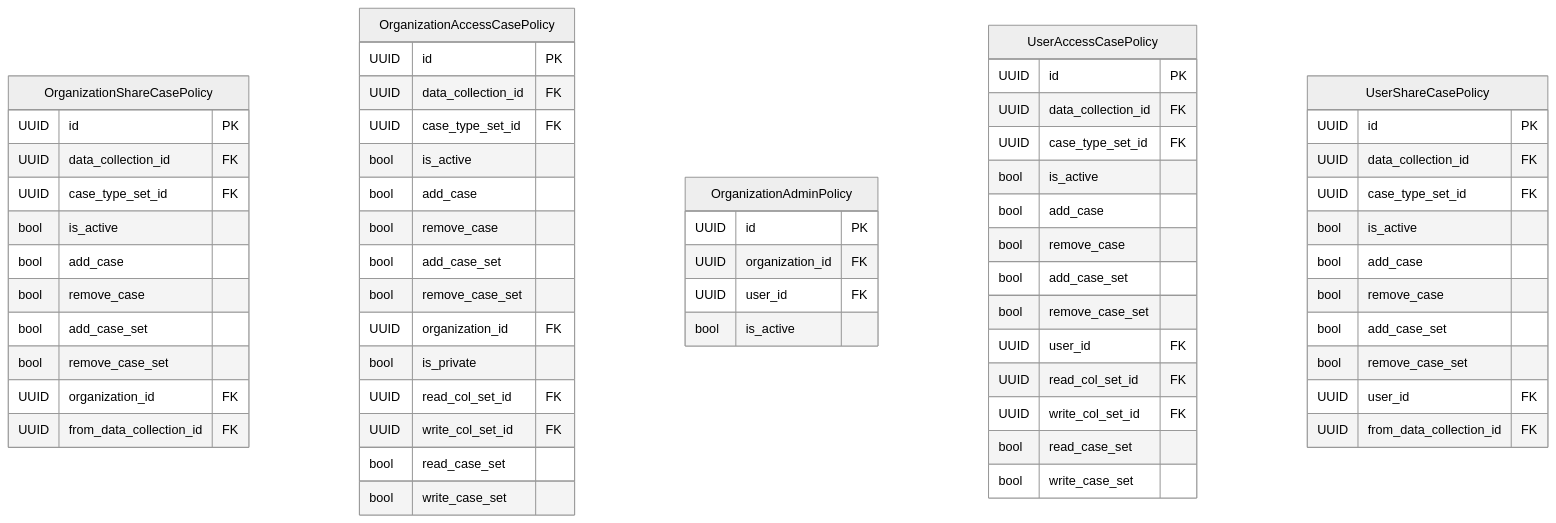
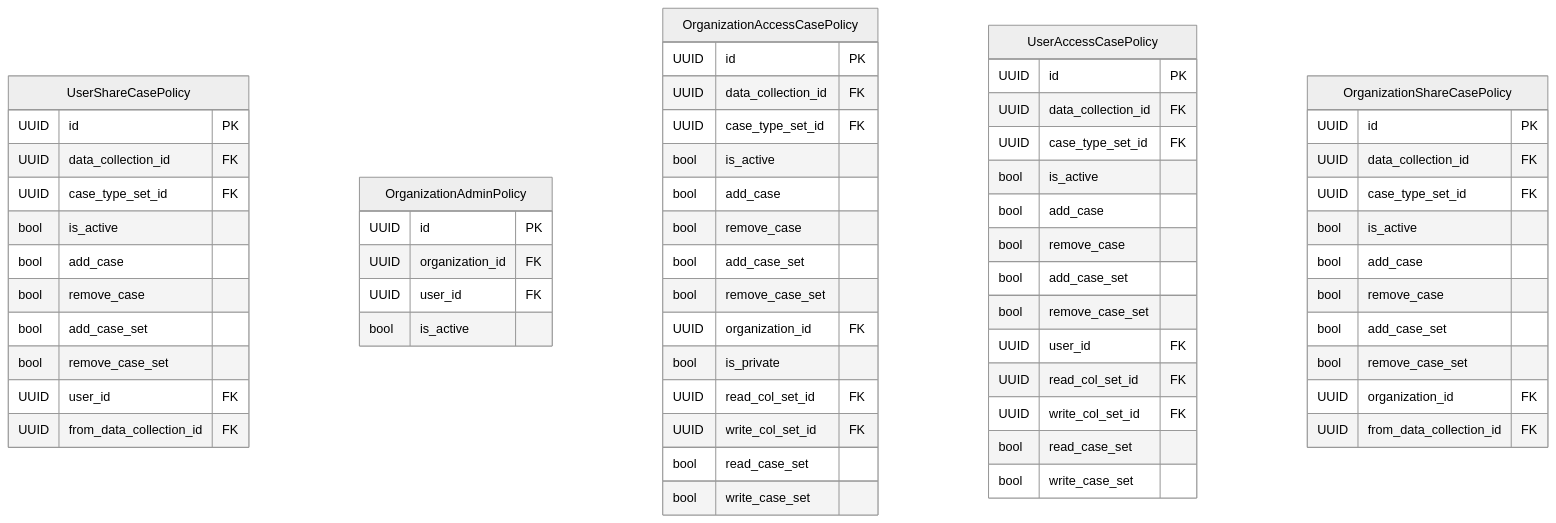
Before and after one commit to RIVM-bioinformatics/gen-epix-api: the diagram in docs/erm/casedb.abac.detailed.md, drawn with Mermaid (neutral theme). The commit also changed other lines of this file and 270 other files, not shown here.

````diff
--- a/docs/erm/casedb.abac.detailed.md
+++ b/docs/erm/casedb.abac.detailed.md
@@ -5,72 +5,72 @@
 ```mermaid
 erDiagram
     %% casedb / ABAC (detailed)
 
     %% Entity definitions
-    OrganizationShareCasePolicy {
+    UserShareCasePolicy {
         UUID id PK
         UUID data_collection_id FK
         UUID case_type_set_id FK
         bool is_active
         bool add_case
         bool remove_case
         bool add_case_set
         bool remove_case_set
+        UUID user_id FK
+        UUID from_data_collection_id FK
+    }
+
+    OrganizationAdminPolicy {
+        UUID id PK
         UUID organization_id FK
-        UUID from_data_collection_id FK
+        UUID user_id FK
+        bool is_active
     }
 
     OrganizationAccessCasePolicy {
         UUID id PK
         UUID data_collection_id FK
         UUID case_type_set_id FK
         bool is_active
         bool add_case
         bool remove_case
         bool add_case_set
         bool remove_case_set
         UUID organization_id FK
         bool is_private
         UUID read_col_set_id FK
         UUID write_col_set_id FK
         bool read_case_set
         bool write_case_set
     }
 
-    OrganizationAdminPolicy {
-        UUID id PK
-        UUID organization_id FK
-        UUID user_id FK
-        bool is_active
-    }
-
     UserAccessCasePolicy {
         UUID id PK
         UUID data_collection_id FK
         UUID case_type_set_id FK
         bool is_active
         bool add_case
         bool remove_case
         bool add_case_set
         bool remove_case_set
         UUID user_id FK
         UUID read_col_set_id FK
         UUID write_col_set_id FK
         bool read_case_set
         bool write_case_set
     }
 
-    UserShareCasePolicy {
+    OrganizationShareCasePolicy {
         UUID id PK
         UUID data_collection_id FK
         UUID case_type_set_id FK
         bool is_active
         bool add_case
         bool remove_case
         bool add_case_set
         bool remove_case_set
-        UUID user_id FK
+        UUID organization_id FK
         UUID from_data_collection_id FK
     }
 
 ```
````
